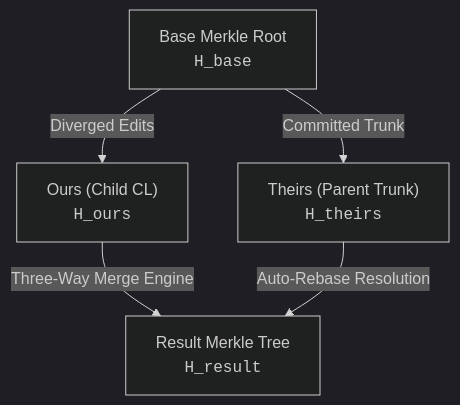
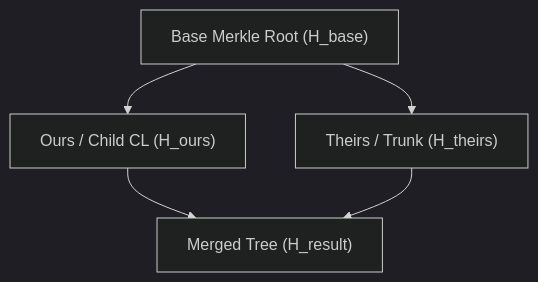
Before and after one commit to mrtnzjsh/niebla: the diagram in docs-site/src/content/docs/components/cas-storage.md, drawn with Mermaid (dark theme). The commit also changed other lines of this file and 40 other files, not shown here.

````diff
--- a/docs-site/src/content/docs/components/cas-storage.md
+++ b/docs-site/src/content/docs/components/cas-storage.md
@@ -103,12 +65,12 @@
 ```mermaid
 flowchart TD
-    Base["Base Merkle Root<br/><code>H_base</code>"]
-    Ours["Ours (Child CL)<br/><code>H_ours</code>"]
-    Theirs["Theirs (Parent Trunk)<br/><code>H_theirs</code>"]
-    Result["Result Merkle Tree<br/><code>H_result</code>"]
+    Base["Base Merkle Root (H_base)"]
+    Ours["Ours / Child CL (H_ours)"]
+    Theirs["Theirs / Trunk (H_theirs)"]
+    Result["Merged Tree (H_result)"]
 
-    Base -->|"Diverged Edits"| Ours
-    Base -->|"Committed Trunk"| Theirs
-    Ours -->|"Three-Way Merge Engine"| Result
-    Theirs -->|"Auto-Rebase Resolution"| Result
+    Base --> Ours
+    Base --> Theirs
+    Ours --> Result
+    Theirs --> Result
 ```
````
